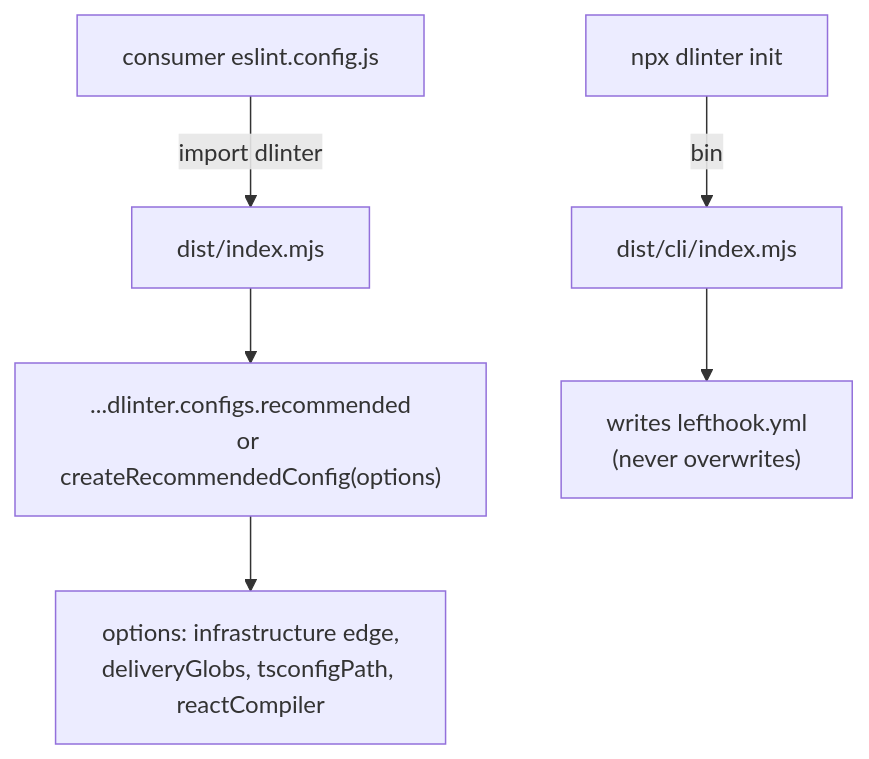
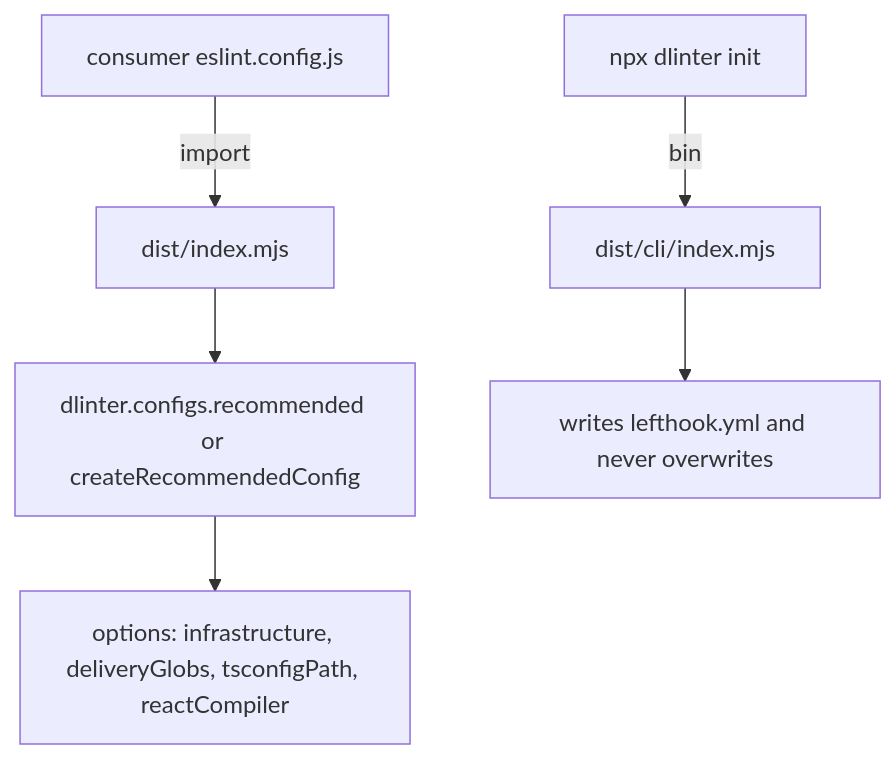
Before and after one commit to Disble/dlinter-ts-react: the third of 4 diagrams in docs/architecture.md, drawn with Mermaid. The commit also changed other lines of this file and 2 other files, not shown here.

First line of the commit message:
docs: use conservative mermaid syntax so diagrams render

````diff
--- a/docs/architecture.md
+++ b/docs/architecture.md
@@ -96,8 +96,8 @@
 ```mermaid
 flowchart TD
-    C["consumer eslint.config.js"] -->|"import dlinter"| I["dist/index.mjs"]
-    C2["npx dlinter init"] -->|"bin"| CLI["dist/cli/index.mjs"]
-    I --> P["...dlinter.configs.recommended<br/>or createRecommendedConfig(options)"]
-    CLI --> L["writes lefthook.yml<br/>(never overwrites)"]
-    P --> O["options: infrastructure edge,<br/>deliveryGlobs, tsconfigPath, reactCompiler"]
+    C["consumer eslint.config.js"] -->|import| I["dist/index.mjs"]
+    C2["npx dlinter init"] -->|bin| CLI["dist/cli/index.mjs"]
+    I --> P["dlinter.configs.recommended or createRecommendedConfig"]
+    CLI --> L["writes lefthook.yml and never overwrites"]
+    P --> O["options: infrastructure, deliveryGlobs, tsconfigPath, reactCompiler"]
 ```
````
